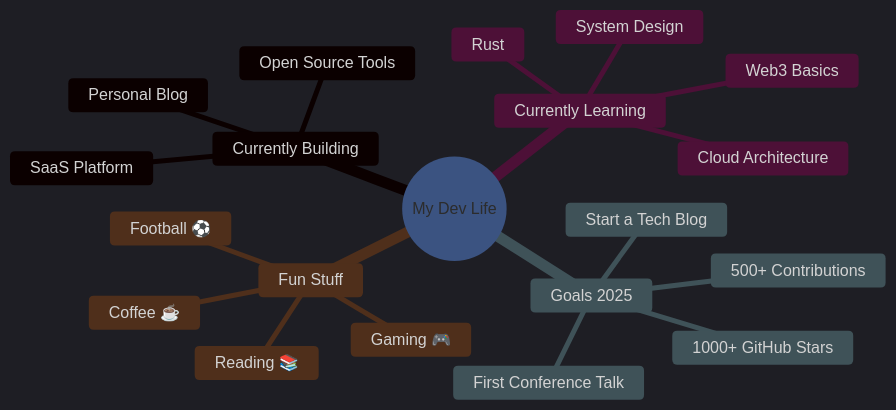
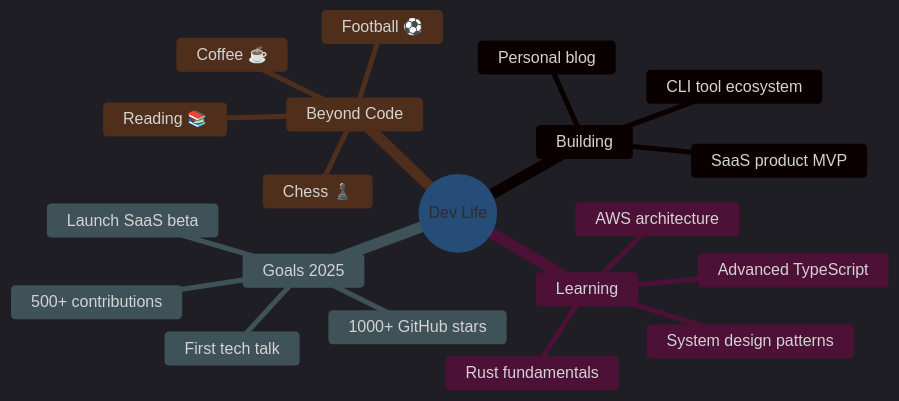
One commit to smart-unknown/smart-unknown changed the diagram in README.md. Above: the diagram before and after it, drawn with Mermaid. The commit also changed other lines of this file, not shown here.

````diff
--- a/README.md
+++ b/README.md
@@ -219,24 +230,24 @@
 ```mermaid
-%%{init: {'theme': 'dark', 'themeVariables': { 'primaryColor': '#0d1b2a', 'primaryTextColor': '#e0e1dd', 'primaryBorderColor': '#8ecae6', 'lineColor': '#ffb703', 'secondaryColor': '#1b263b', 'tertiaryColor': '#415a77'}}}%%
+%%{init: {'theme': 'dark', 'themeVariables': { 'primaryColor': '#1b263b', 'primaryTextColor': '#e0e1dd', 'primaryBorderColor': '#8ecae6', 'lineColor': '#ffb703', 'secondaryColor': '#0d1b2a', 'tertiaryColor': '#415a77'}}}%%
 mindmap
-  root((My Dev Life))
-    Currently Building
-      SaaS Platform
-      Open Source Tools
-      Personal Blog
-    Currently Learning
-      Rust
-      System Design
-      Cloud Architecture
-      Web3 Basics
+  root((Dev Life))
+    Building
+      SaaS product MVP
+      CLI tool ecosystem
+      Personal blog
+    Learning
+      Rust fundamentals
+      System design patterns
+      AWS architecture
+      Advanced TypeScript
     Goals 2025
-      1000+ GitHub Stars
-      500+ Contributions
-      First Conference Talk
-      Start a Tech Blog
-    Fun Stuff
-      Gaming 🎮
+      1000+ GitHub stars
+      500+ contributions
+      First tech talk
+      Launch SaaS beta
+    Beyond Code
+      Football ⚽
       Reading 📚
       Coffee ☕
-      Football ⚽
+      Chess ♟️
 ```
````
